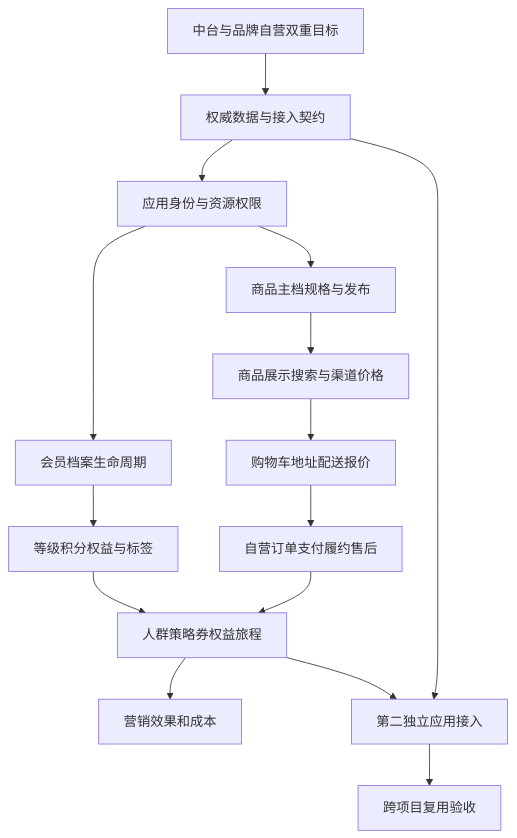
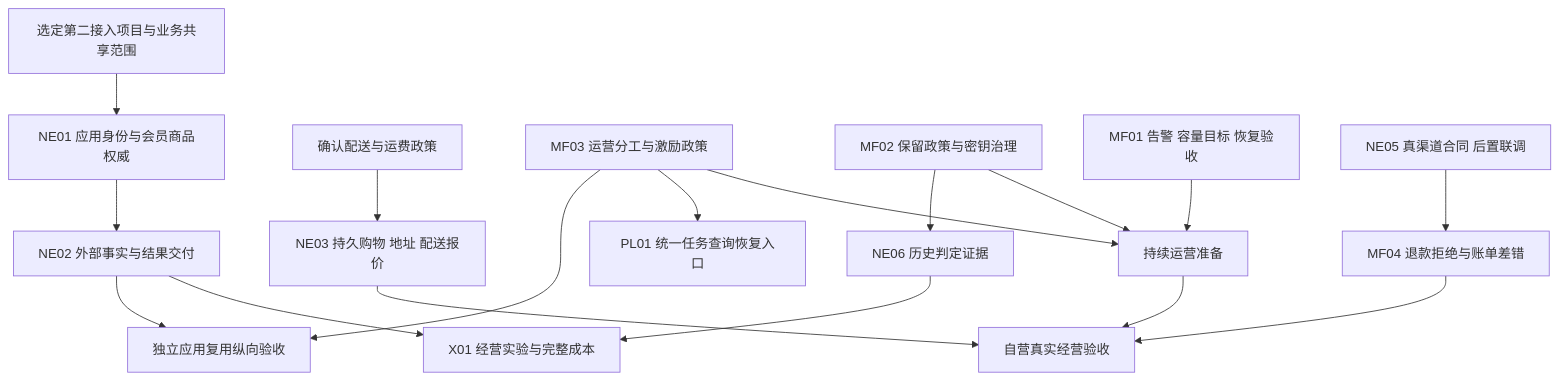
Before and after one commit to lirji/commerce-platform: the diagram in .engineering/exploration/EVOLUTION_ROADMAP.md, drawn with Mermaid. The commit also changed other lines of this file and 5 other files, not shown here.

````diff
--- a/.engineering/exploration/EVOLUTION_ROADMAP.md
+++ b/.engineering/exploration/EVOLUTION_ROADMAP.md
@@ -29,17 +24,19 @@
 ```mermaid
 flowchart TD
-    A[中台与品牌自营双重目标] --> B[权威数据与接入契约]
-    B --> C[应用身份与资源权限]
-    C --> D[会员档案生命周期]
-    C --> E[商品主档规格与发布]
-    D --> F[等级积分权益与标签]
-    E --> G[商品展示搜索与渠道价格]
-    G --> H[购物车地址配送报价]
-    H --> I[自营订单支付履约售后]
-    F --> J[人群策略券权益旅程]
-    I --> J
-    J --> K[营销效果和成本]
-    B --> L[第二独立应用接入]
-    J --> L
-    L --> M[跨项目复用验收]
+    A[选定第二接入项目与业务共享范围] --> B[NE01 应用身份与会员商品权威]
+    B --> C[NE02 外部事实与结果交付]
+    C --> D[独立应用复用纵向验收]
+    E[确认配送与运费政策] --> F[NE03 持久购物 地址 配送报价]
+    G[MF03 运营分工与激励政策] --> D
+    G --> H[PL01 统一任务查询恢复入口]
+    I[MF02 保留政策与密钥治理] --> J[NE06 历史判定证据]
+    K[MF01 告警 容量目标 恢复验收] --> L[持续运营准备]
+    I --> L
+    G --> L
+    M[NE05 真渠道合同 后置联调] --> N[MF04 退款拒绝与账单差错]
+    F --> O[自营真实经营验收]
+    L --> O
+    N --> O
+    C --> P[X01 经营实验与完整成本]
+    J --> P
 ```
````
